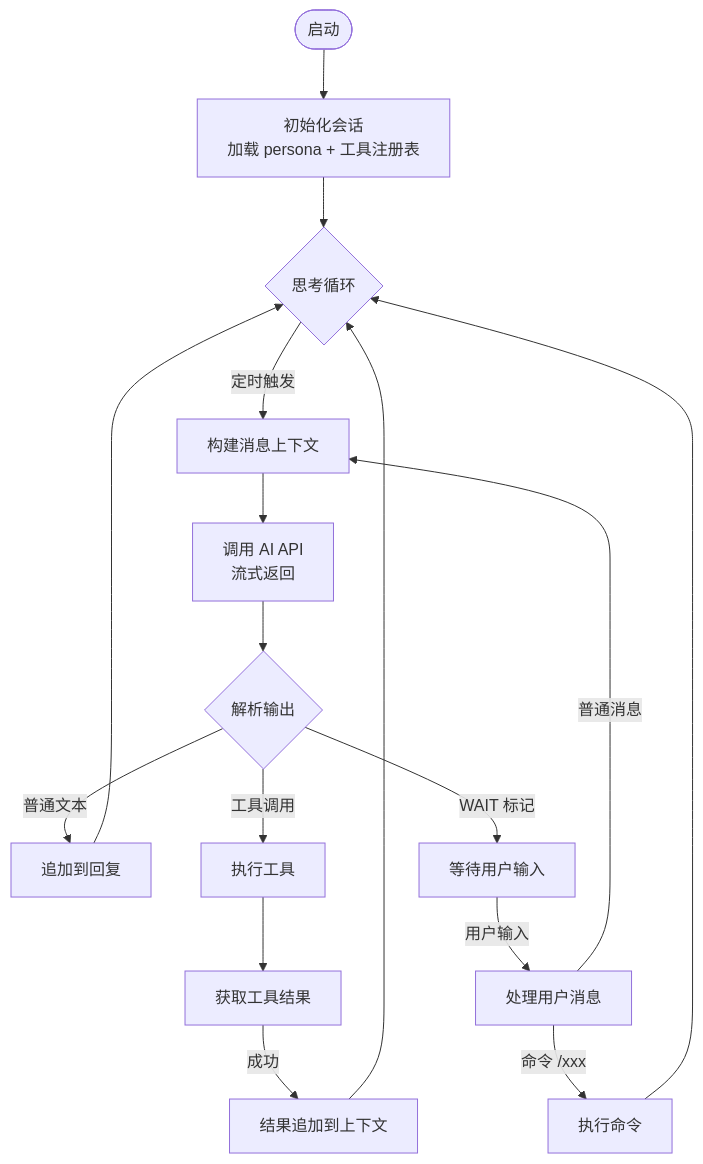
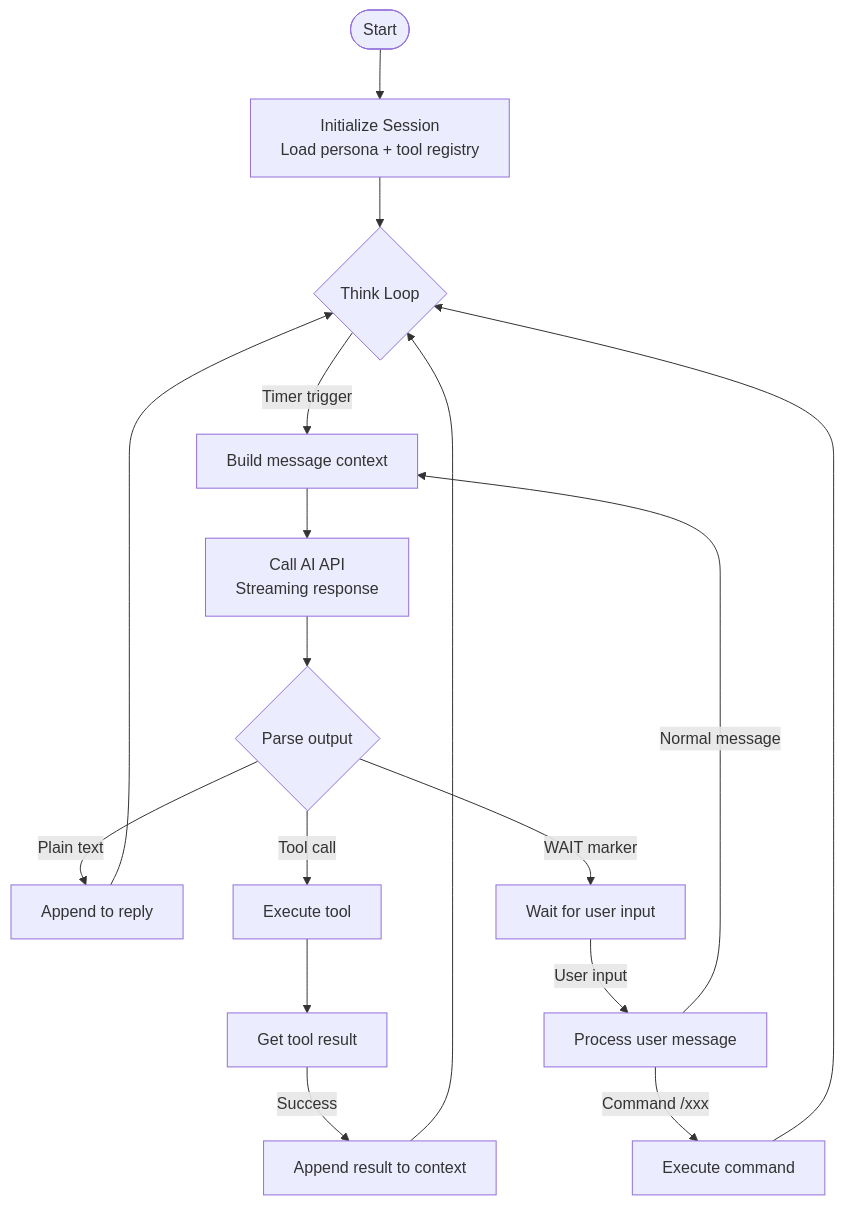
Before and after one commit to 1486853830/CogitoAgent: the third of 6 diagrams in README.md, drawn with Mermaid. The commit also changed other lines of this file and 2 other files, not shown here.

````diff
--- a/README.md
+++ b/README.md
@@ -1605,23 +1605,23 @@
 ```mermaid
 flowchart TD
-    START([启动]) --> INIT[初始化会话<br/>加载 persona + 工具注册表]
-    INIT --> LOOP{思考循环}
+    START([Start]) --> INIT[Initialize Session<br/>Load persona + tool registry]
+    INIT --> LOOP{Think Loop}
     
-    LOOP -->|定时触发| BUILD[构建消息上下文]
-    BUILD --> CALL[调用 AI API<br/>流式返回]
-    CALL --> PARSE{解析输出}
+    LOOP -->|Timer trigger| BUILD[Build message context]
+    BUILD --> CALL[Call AI API<br/>Streaming response]
+    CALL --> PARSE{Parse output}
     
-    PARSE -->|普通文本| APPEND[追加到回复]
-    PARSE -->|工具调用| EXEC[执行工具]
-    PARSE -->|WAIT 标记| WAIT[等待用户输入]
+    PARSE -->|Plain text| APPEND[Append to reply]
+    PARSE -->|Tool call| EXEC[Execute tool]
+    PARSE -->|WAIT marker| WAIT[Wait for user input]
     
     APPEND --> LOOP
-    EXEC --> RESULT[获取工具结果]
-    RESULT -->|成功| APPEND_RESULT[结果追加到上下文]
+    EXEC --> RESULT[Get tool result]
+    RESULT -->|Success| APPEND_RESULT[Append result to context]
     APPEND_RESULT --> LOOP
     
-    WAIT -->|用户输入| HANDLE[处理用户消息]
-    HANDLE -->|普通消息| BUILD
-    HANDLE -->|命令 /xxx| CMD[执行命令]
+    WAIT -->|User input| HANDLE[Process user message]
+    HANDLE -->|Normal message| BUILD
+    HANDLE -->|Command /xxx| CMD[Execute command]
     CMD --> LOOP
 ```
````
